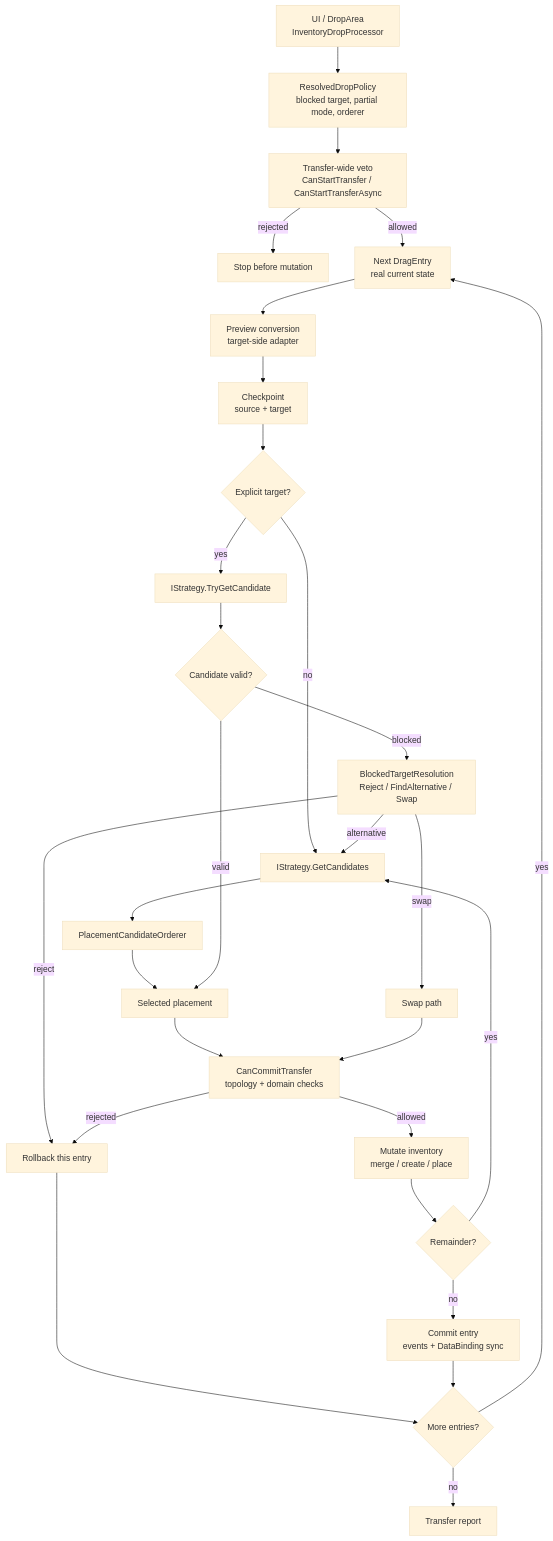
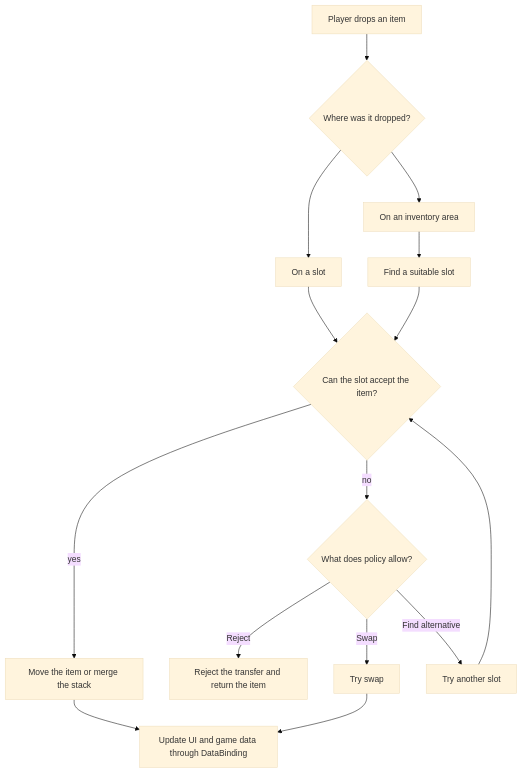
One commit to SergeevSergey99/DragAndDropSystem-Docs changed the first of 2 diagrams in .docs/content/architecture/transfer-pipeline.en.md. Above: the diagram before and after it, drawn with Mermaid (base theme). The commit also changed other lines of this file and 19 other files, not shown here.

````diff
--- a/.docs/content/architecture/transfer-pipeline.en.md
+++ b/.docs/content/architecture/transfer-pipeline.en.md
@@ -19,31 +12,17 @@
 ```mermaid
 flowchart TD
-    UI["UI / DropArea<br/>InventoryDropProcessor"] --> POLICY["ResolvedDropPolicy<br/>blocked target, partial mode, orderer"]
-    POLICY --> START["Transfer-wide veto<br/>CanStartTransfer / CanStartTransferAsync"]
-    START -->|rejected| STOP["Stop before mutation"]
-    START -->|allowed| ENTRY["Next DragEntry<br/>real current state"]
-    ENTRY --> CONVERT["Preview conversion<br/>target-side adapter"]
-    CONVERT --> CHECKPOINT["Checkpoint<br/>source + target"]
-    CHECKPOINT --> TARGET{"Explicit target?"}
-    TARGET -->|yes| TRY["IStrategy.TryGetCandidate"]
-    TARGET -->|no| ENUM["IStrategy.GetCandidates"]
-    TRY --> CANDIDATE{"Candidate valid?"}
-    CANDIDATE -->|blocked| BLOCKED["BlockedTargetResolution<br/>Reject / FindAlternative / Swap"]
-    BLOCKED -->|alternative| ENUM
-    BLOCKED -->|swap| SWAP["Swap path"]
-    BLOCKED -->|reject| ROLLBACK["Rollback this entry"]
-    ENUM --> ORDER["PlacementCandidateOrderer"]
-    ORDER --> PLACE["Selected placement"]
-    CANDIDATE -->|valid| PLACE
-    PLACE --> COMMITCHECK["CanCommitTransfer<br/>topology + domain checks"]
-    COMMITCHECK -->|rejected| ROLLBACK
-    COMMITCHECK -->|allowed| MUTATE["Mutate inventory<br/>merge / create / place"]
-    SWAP --> COMMITCHECK
-    MUTATE --> REMAINDER{"Remainder?"}
-    REMAINDER -->|yes| ENUM
-    REMAINDER -->|no| COMMIT["Commit entry<br/>events + DataBinding sync"]
-    ROLLBACK --> NEXT{"More entries?"}
-    COMMIT --> NEXT
-    NEXT -->|yes| ENTRY
-    NEXT -->|no| REPORT["Transfer report"]
+    DROP["Player drops an item"] --> TARGET{"Where was it dropped?"}
+    TARGET --> SLOT["On a slot"]
+    TARGET --> AREA["On an inventory area"]
+    SLOT --> CHECK{"Can the slot accept the item?"}
+    AREA --> AUTO["Find a suitable slot"]
+    AUTO --> CHECK
+    CHECK -->|yes| MOVE["Move the item or merge the stack"]
+    CHECK -->|no| POLICY{"What does policy allow?"}
+    POLICY -->|Reject| REJECT["Reject the transfer and return the item"]
+    POLICY -->|Swap| SWAP["Try swap"]
+    POLICY -->|Find alternative| ALTERNATIVE["Try another slot"]
+    ALTERNATIVE --> CHECK
+    MOVE --> SYNC["Update UI and game data through DataBinding"]
+    SWAP --> SYNC
 ```
````
